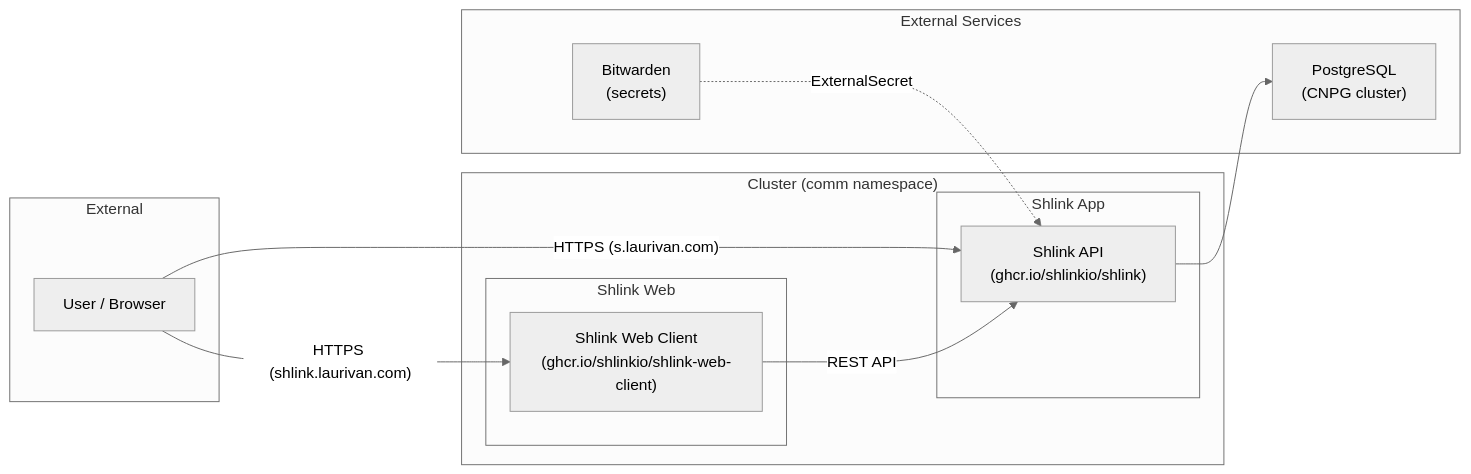
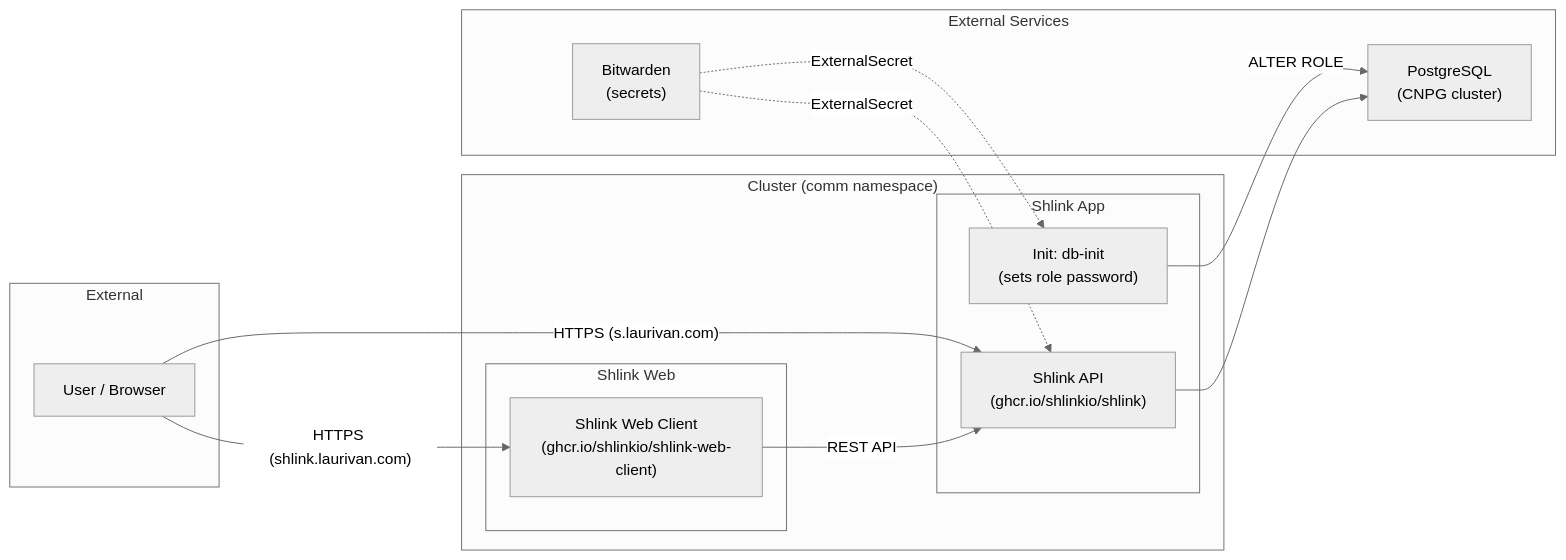
Before and after one commit to equinoxel/home-ops: the diagram in kubernetes/apps/comm/shlink/README.md, drawn with Mermaid (neutral theme). The commit also changed other lines of this file and 2 other files, not shown here.

First line of the commit message:
feat(shlink): add init container for zero-touch DB password setup

````diff
--- a/kubernetes/apps/comm/shlink/README.md
+++ b/kubernetes/apps/comm/shlink/README.md
@@ -11,27 +11,30 @@
 ```mermaid
 graph LR
     subgraph External
         User[User / Browser]
     end
 
     subgraph "Cluster (comm namespace)"
         subgraph "Shlink App"
+            Init["Init: db-init<br/>(sets role password)"]
             Shlink["Shlink API<br/>(ghcr.io/shlinkio/shlink)"]
         end
 
         subgraph "Shlink Web"
             Web["Shlink Web Client<br/>(ghcr.io/shlinkio/shlink-web-client)"]
         end
     end
 
     subgraph "External Services"
         Postgres["PostgreSQL<br/>(CNPG cluster)"]
         Bitwarden["Bitwarden<br/>(secrets)"]
     end
 
     User -->|"HTTPS (s.laurivan.com)"| Shlink
     User -->|"HTTPS (shlink.laurivan.com)"| Web
     Web -->|"REST API"| Shlink
+    Init -->|"ALTER ROLE"| Postgres
     Shlink --> Postgres
     Bitwarden -.->|ExternalSecret| Shlink
+    Bitwarden -.->|ExternalSecret| Init
 ```
````
